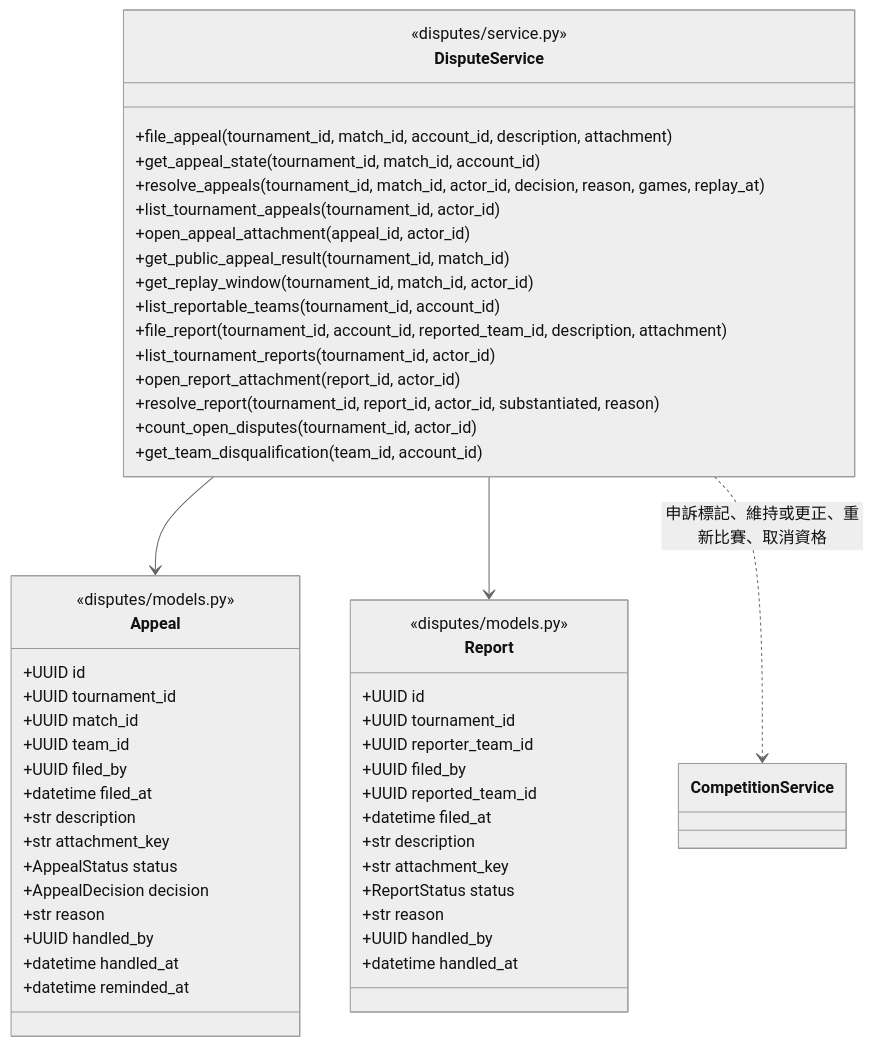
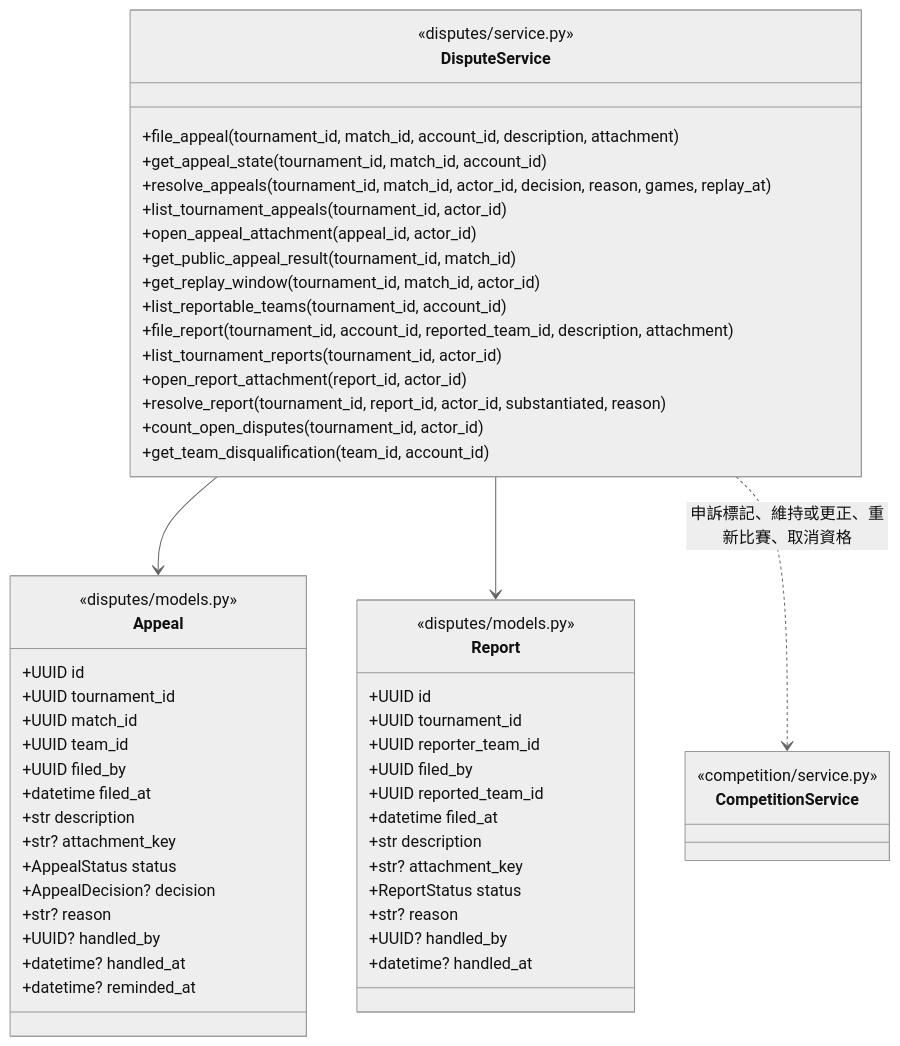
Before and after one commit to Team14good/esport-platform: diagram 13 of 15 in docs/midterm/D-物件設計文件.md, drawn with Mermaid (neutral theme). The commit also changed other lines of this file and 23 other files, not shown here.

First line of the commit message:
docs: 依 PR #92 審查修正 B、C、D 的圖與程式標註

````diff
--- a/docs/midterm/D-物件設計文件.md
+++ b/docs/midterm/D-物件設計文件.md
@@ -702,56 +711,58 @@
 ```mermaid
 classDiagram
   class Appeal {
     <<disputes/models.py>>
     +UUID id
     +UUID tournament_id
     +UUID match_id
     +UUID team_id
     +UUID filed_by
     +datetime filed_at
     +str description
-    +str attachment_key
+    +str? attachment_key
     +AppealStatus status
-    +AppealDecision decision
-    +str reason
-    +UUID handled_by
-    +datetime handled_at
-    +datetime reminded_at
+    +AppealDecision? decision
+    +str? reason
+    +UUID? handled_by
+    +datetime? handled_at
+    +datetime? reminded_at
   }
   class Report {
     <<disputes/models.py>>
     +UUID id
     +UUID tournament_id
     +UUID reporter_team_id
     +UUID filed_by
     +UUID reported_team_id
     +datetime filed_at
     +str description
-    +str attachment_key
+    +str? attachment_key
     +ReportStatus status
-    +str reason
-    +UUID handled_by
-    +datetime handled_at
+    +str? reason
+    +UUID? handled_by
+    +datetime? handled_at
   }
   class DisputeService {
     <<disputes/service.py>>
     +file_appeal(tournament_id, match_id, account_id, description, attachment)
     +get_appeal_state(tournament_id, match_id, account_id)
     +resolve_appeals(tournament_id, match_id, actor_id, decision, reason, games, replay_at)
     +list_tournament_appeals(tournament_id, actor_id)
     +open_appeal_attachment(appeal_id, actor_id)
     +get_public_appeal_result(tournament_id, match_id)
     +get_replay_window(tournament_id, match_id, actor_id)
     +list_reportable_teams(tournament_id, account_id)
     +file_report(tournament_id, account_id, reported_team_id, description, attachment)
     +list_tournament_reports(tournament_id, actor_id)
     +open_report_attachment(report_id, actor_id)
     +resolve_report(tournament_id, report_id, actor_id, substantiated, reason)
     +count_open_disputes(tournament_id, actor_id)
     +get_team_disqualification(team_id, account_id)
   }
-  class CompetitionService
+  class CompetitionService {
+    <<competition/service.py>>
+  }
   DisputeService --> Appeal
   DisputeService --> Report
   DisputeService ..> CompetitionService : 申訴標記、維持或更正、重新比賽、取消資格
 ```
````
